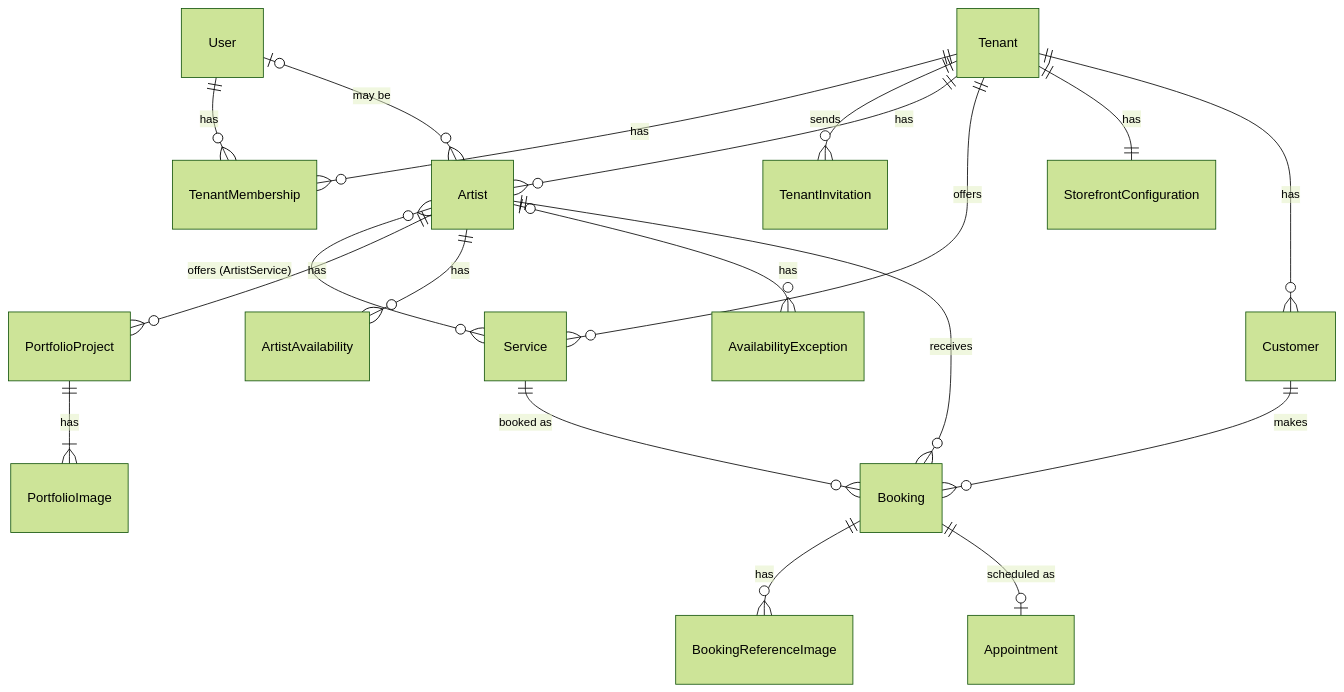
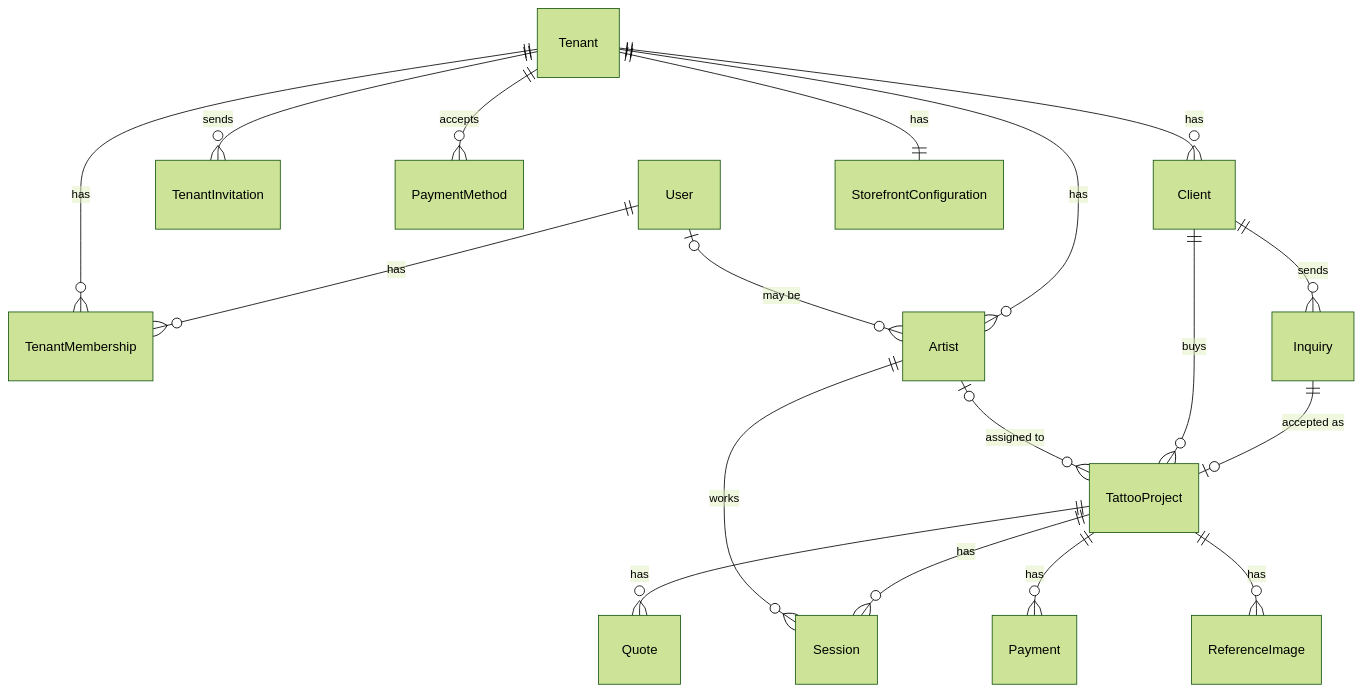
One commit to harublank0-0/tattoo-drip changed the diagram in docs/data-model.md. Above: the diagram before and after it, drawn with Mermaid (forest theme). The commit also changed other lines of this file and 5 other files, not shown here.

````diff
--- a/docs/data-model.md
+++ b/docs/data-model.md
@@ -5,21 +5,20 @@
 ```mermaid
 erDiagram
   User ||--o{ TenantMembership : has
   Tenant ||--o{ TenantMembership : has
   Tenant ||--o{ TenantInvitation : sends
   Tenant ||--o{ Artist : has
   User |o--o{ Artist : "may be"
-  Tenant ||--o{ Service : offers
-  Artist }o--o{ Service : "offers (ArtistService)"
+  Tenant ||--o{ PaymentMethod : accepts
+  Tenant ||--o{ Client : has
+  Client ||--o{ Inquiry : sends
+  Inquiry ||--o| TattooProject : "accepted as"
+  Client ||--o{ TattooProject : buys
+  Artist |o--o{ TattooProject : "assigned to"
+  TattooProject ||--o{ Quote : has
+  TattooProject ||--o{ Payment : has
+  TattooProject ||--o{ Session : has
+  Artist ||--o{ Session : works
+  TattooProject ||--o{ ReferenceImage : has
   Tenant ||--|| StorefrontConfiguration : has
-  Artist ||--o{ PortfolioProject : has
-  PortfolioProject ||--|{ PortfolioImage : has
-  Artist ||--o{ ArtistAvailability : has
-  Artist |o--o{ AvailabilityException : has
-  Tenant ||--o{ Customer : has
-  Customer ||--o{ Booking : makes
-  Artist ||--o{ Booking : receives
-  Service ||--o{ Booking : "booked as"
-  Booking ||--o{ BookingReferenceImage : has
-  Booking ||--o| Appointment : "scheduled as"
 ```
````
